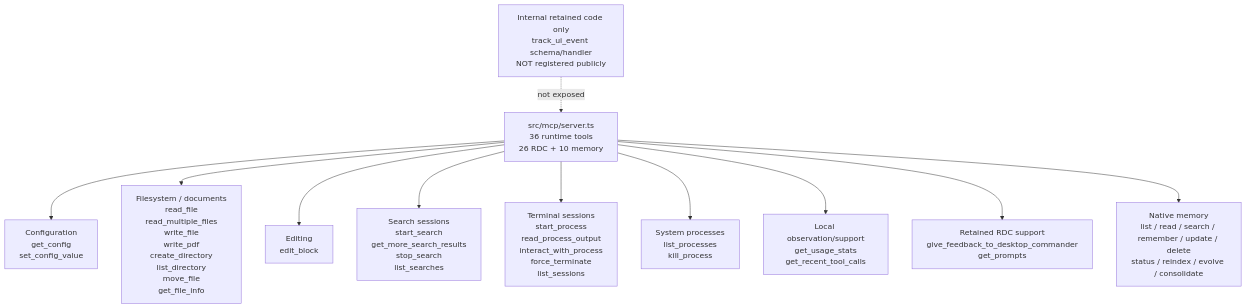
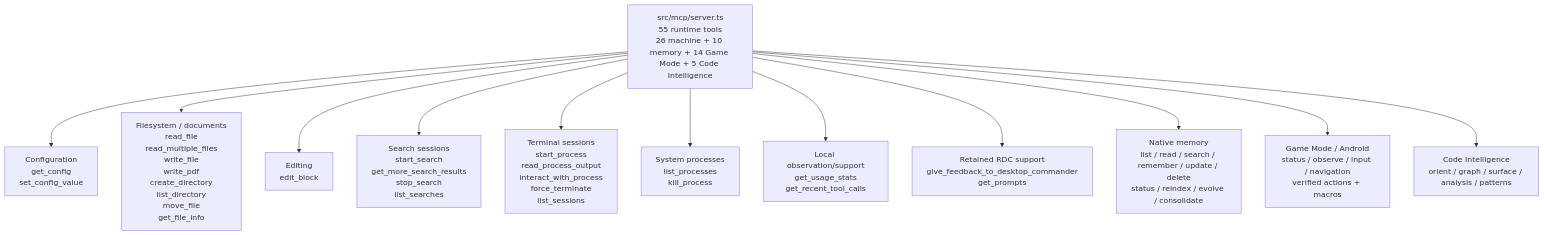
One commit to Black-Project-Agent-Core/Agent-Core changed the sixth of 7 diagrams in docs/CODEBASE.md. Above: the diagram before and after it, drawn with Mermaid. The commit also changed other lines of this file and 816 other files, not shown here.

````diff
--- a/docs/CODEBASE.md
+++ b/docs/CODEBASE.md
@@ -2218,17 +2743,17 @@
 ```mermaid
 flowchart TB
-  MCP["src/mcp/server.ts<br/>36 runtime tools<br/>26 RDC + 10 memory"]
+  MCP["src/mcp/server.ts<br/>55 runtime tools<br/>26 machine + 10 memory + 14 Game Mode + 5 Code Intelligence"]
 
   MCP --> CFG["Configuration<br/>get_config<br/>set_config_value"]
   MCP --> FILE["Filesystem / documents<br/>read_file<br/>read_multiple_files<br/>write_file<br/>write_pdf<br/>create_directory<br/>list_directory<br/>move_file<br/>get_file_info"]
   MCP --> EDIT["Editing<br/>edit_block"]
   MCP --> SEARCH["Search sessions<br/>start_search<br/>get_more_search_results<br/>stop_search<br/>list_searches"]
   MCP --> TERM["Terminal sessions<br/>start_process<br/>read_process_output<br/>interact_with_process<br/>force_terminate<br/>list_sessions"]
   MCP --> PROC["System processes<br/>list_processes<br/>kill_process"]
   MCP --> OBS["Local observation/support<br/>get_usage_stats<br/>get_recent_tool_calls"]
   MCP --> AUX["Retained RDC support<br/>give_feedback_to_desktop_commander<br/>get_prompts"]
   MCP --> MEMORY["Native memory<br/>list / read / search / remember / update / delete<br/>status / reindex / evolve / consolidate"]
+  MCP --> PHONE["Game Mode / Android<br/>status / observe / input / navigation<br/>verified actions + macros"]
+  MCP --> CODE["Code Intelligence<br/>orient / graph / surface / analysis / patterns"]
 
-  HIDDEN["Internal retained code only<br/>track_ui_event schema/handler<br/>NOT registered publicly"]
-  HIDDEN -. not exposed .-> MCP
 ```
````
